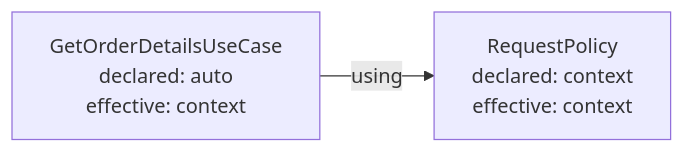
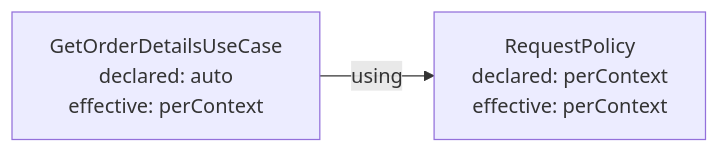
The diagram in apps/xndrjs-documentation/src/content/docs/v0/application-architecture/forma/providers-and-dependencies.md (xndrjs/toolkit), drawn with Mermaid before and after one commit. The commit also changed other lines of this file and 2 other files, not shown here.

````diff
--- a/apps/xndrjs-documentation/src/content/docs/v0/application-architecture/forma/providers-and-dependencies.md
+++ b/apps/xndrjs-documentation/src/content/docs/v0/application-architecture/forma/providers-and-dependencies.md
@@ -112,6 +116,6 @@
 ```mermaid
 flowchart LR
-  Get[GetOrderDetailsUseCase<br/>declared: auto<br/>effective: context]
-  Policy[RequestPolicy<br/>declared: context<br/>effective: context]
+  Get[GetOrderDetailsUseCase<br/>declared: auto<br/>effective: perContext]
+  Policy[RequestPolicy<br/>declared: perContext<br/>effective: perContext]
   Get -->|using| Policy
 ```
````
